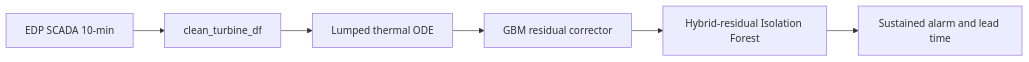
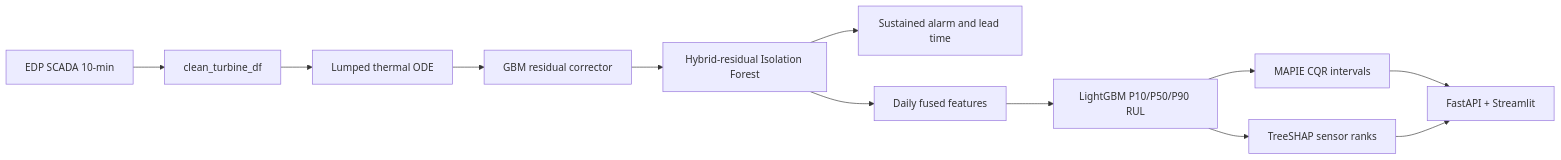
Before and after one commit to mehmetertac/wind-digital-twin: the diagram in README.md, drawn with Mermaid. The commit also changed other lines of this file and 5 other files, not shown here.

First line of the commit message:
Polish capstone README v1.0.0 with full stack diagram and RUL narrative.

````diff
--- a/README.md
+++ b/README.md
@@ -32,8 +32,14 @@
 ```mermaid
 flowchart LR
     scada["EDP SCADA 10-min"] --> clean["clean_turbine_df"]
     clean --> ode["Lumped thermal ODE"]
     ode --> gbm["GBM residual corrector"]
     gbm --> det["Hybrid-residual Isolation Forest"]
     det --> alarm["Sustained alarm and lead time"]
+    det --> daily["Daily fused features"]
+    daily --> rul["LightGBM P10/P50/P90 RUL"]
+    rul --> cqr["MAPIE CQR intervals"]
+    rul --> shap["TreeSHAP sensor ranks"]
+    cqr --> svc["FastAPI + Streamlit"]
+    shap --> svc
 ```
````
